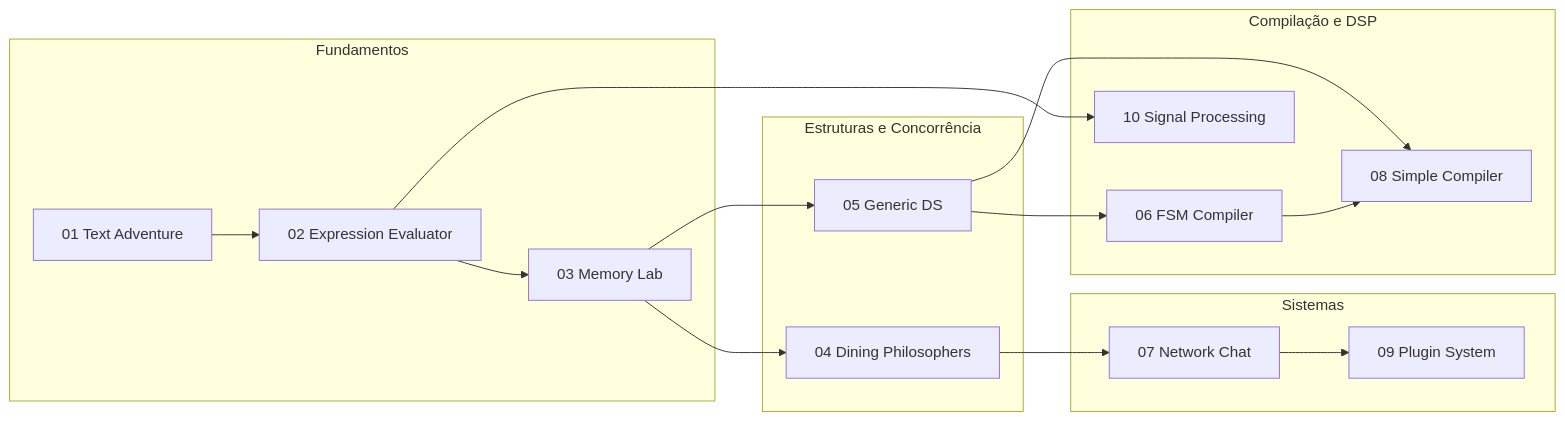
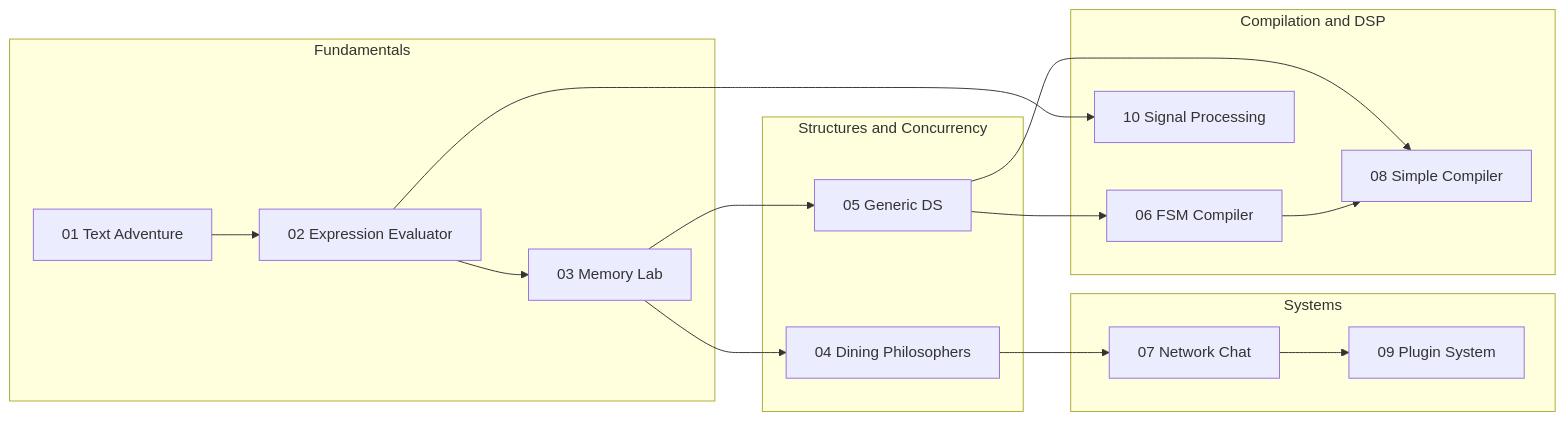
The diagram in README.md (douglasrocha91/C-Exercises), drawn with Mermaid before and after one commit. The commit also changed other lines of this file, not shown here.

````diff
--- a/README.md
+++ b/README.md
@@ -231,30 +231,30 @@
 ```mermaid
 flowchart LR
-    subgraph Fundamentos
+    subgraph Fundamentals
         A[01 Text Adventure]
         B[02 Expression Evaluator]
         C[03 Memory Lab]
     end
-    subgraph Estruturas e Concorrência
+    subgraph Structures and Concurrency
         D[05 Generic DS]
         E[04 Dining Philosophers]
     end
-    subgraph Sistemas
+    subgraph Systems
         F[07 Network Chat]
         G[09 Plugin System]
     end
-    subgraph Compilação e DSP
+    subgraph Compilation and DSP
         H[06 FSM Compiler]
         I[08 Simple Compiler]
         J[10 Signal Processing]
     end
     A --> B --> C
     C --> D
     C --> E
     D --> H
     D --> I
     E --> F
     F --> G
     H --> I
     B --> J
 ```
````
